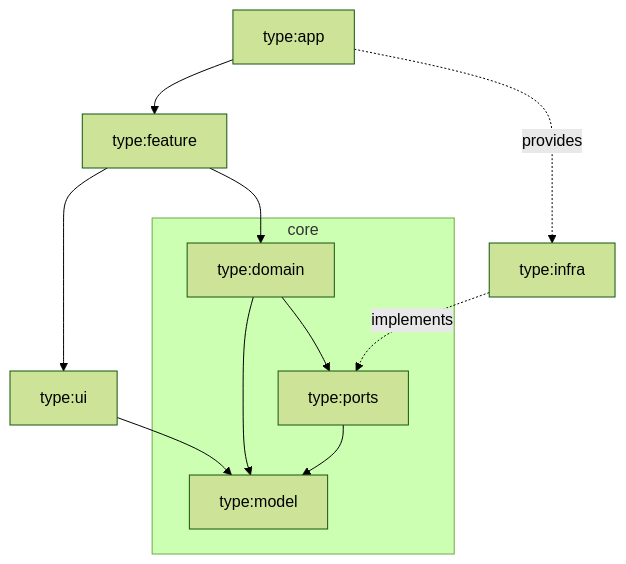
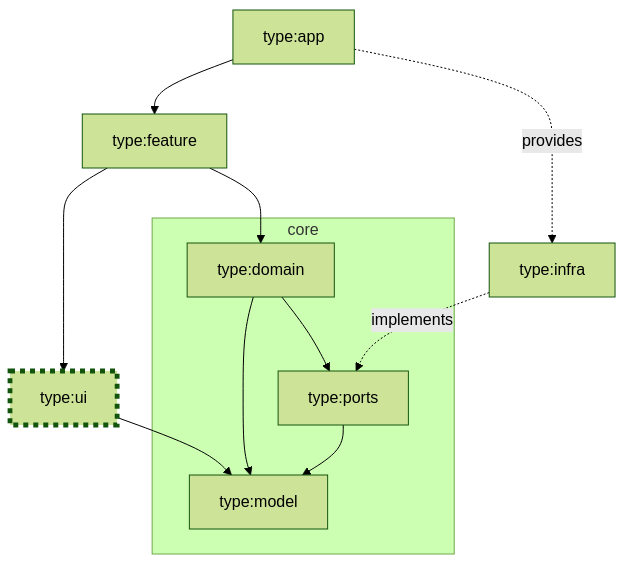
The fifth of 6 diagrams in apps/cookbook/docs/nx/03-scaling/02-organize-libs.md (marmicode/cookbook), drawn with Mermaid (forest theme) before and after one commit. The commit also changed other lines of this file, not shown here.

Commit message:
docs(nx): 📝 merge frontend and backend architecture styles

````diff
--- a/apps/cookbook/docs/nx/03-scaling/02-organize-libs.md
+++ b/apps/cookbook/docs/nx/03-scaling/02-organize-libs.md
@@ -180,20 +179,21 @@
 ```mermaid
 graph TD
   app["type:app"]
   domain["type:domain"]
   feature["type:feature"]
   infra["type:infra"]
   model["type:model"]
   ports["type:ports"]
   ui["type:ui"]
   app --> feature
   app -.provides.-> infra
   feature --> ui & domain
   ui --> model
   infra -.implements.-> ports
   subgraph "core"
     domain --> model
     domain --> ports
     ports --> model
   end
+  style ui stroke-width:.3rem,stroke-dasharray:5
 ```
````
